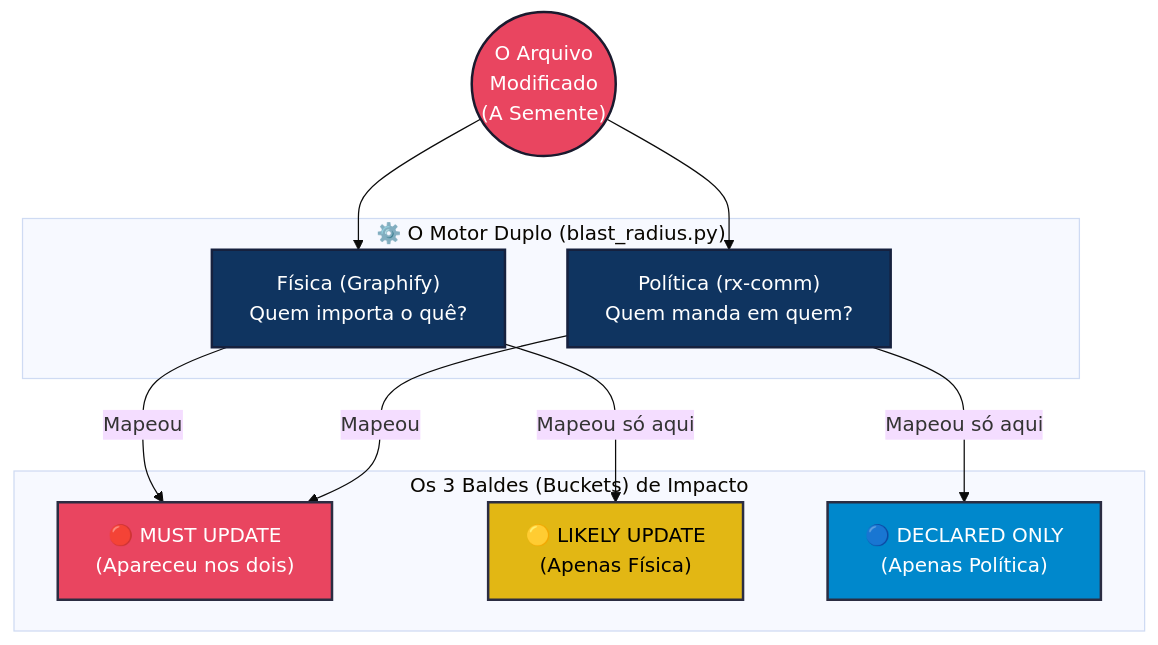
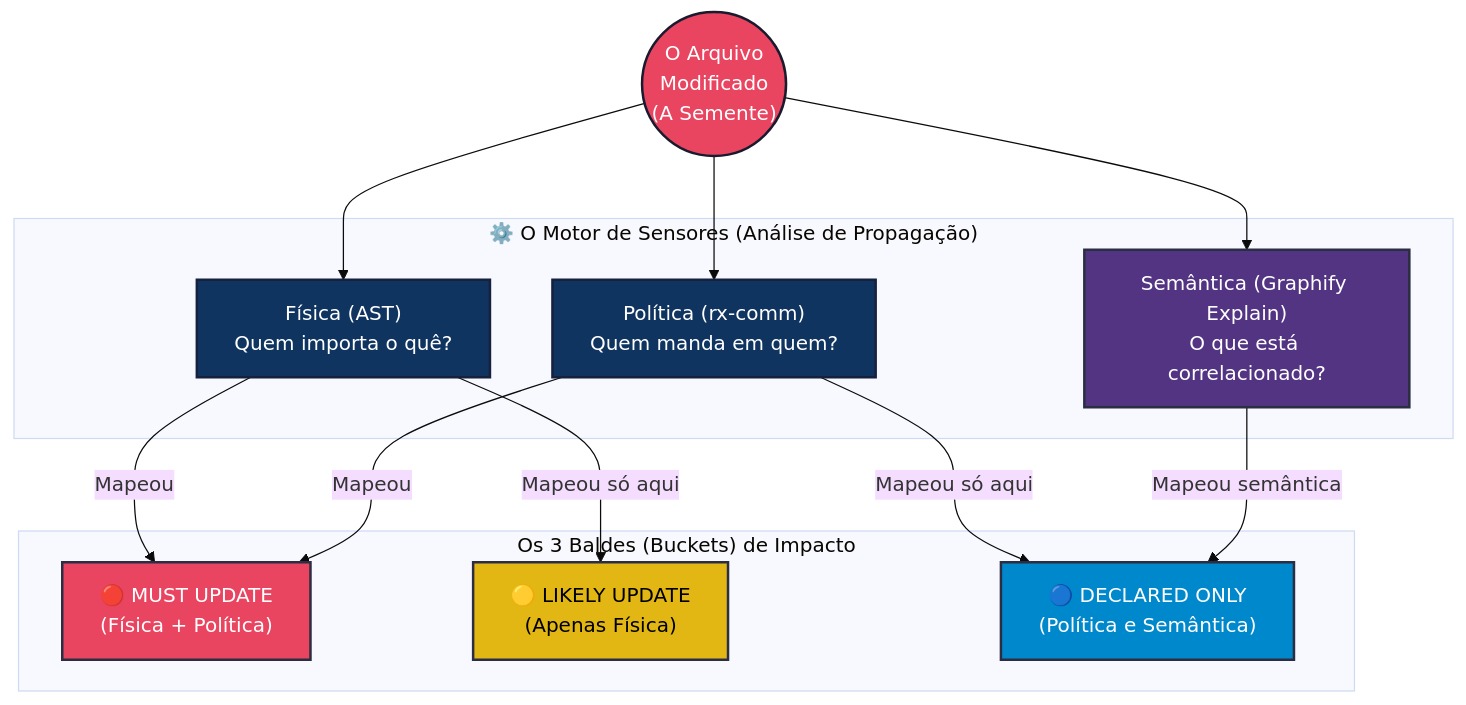
The first of 2 diagrams in .context/brain/FLOW_PROPAGATION.md (TalesAvancini/landingpg-crm), drawn with Mermaid (base theme) before and after one commit. The commit also changed other lines of this file and 6 other files, not shown here.

````diff
--- a/.context/brain/FLOW_PROPAGATION.md
+++ b/.context/brain/FLOW_PROPAGATION.md
@@ -19,27 +19,31 @@
 ```mermaid
 graph TD
     classDef seed fill:#e94560,stroke:#1a1a2e,color:#fff,stroke-width:2px
     classDef motor fill:#0f3460,stroke:#16213e,color:#fff,stroke-width:2px
     classDef must fill:#e94560,stroke:#2b2d42,color:#fff,stroke-width:2px
     classDef likely fill:#e2b714,stroke:#2b2d42,color:#000,stroke-width:2px
     classDef declared fill:#0088cc,stroke:#2b2d42,color:#fff,stroke-width:2px
+    classDef semantic fill:#533483,stroke:#2b2d42,color:#fff,stroke-width:2px
 
     A(("O Arquivo\nModificado\n(A Semente)")):::seed
     
-    subgraph "⚙️ O Motor Duplo (blast_radius.py)"
-        B["Física (Graphify)<br>Quem importa o quê?"]:::motor
+    subgraph "⚙️ O Motor de Sensores (Análise de Propagação)"
+        B["Física (AST)<br>Quem importa o quê?"]:::motor
         C["Política (rx-comm)<br>Quem manda em quem?"]:::motor
+        D["Semântica (Graphify Explain)<br>O que está correlacionado?"]:::semantic
     end
 
     A --> B
     A --> C
+    A --> D
 
     subgraph "Os 3 Baldes (Buckets) de Impacto"
-        B -->|Mapeou| D["🔴 MUST UPDATE<br>(Apareceu nos dois)"]:::must
-        C -->|Mapeou| D
+        B -->|Mapeou| E["🔴 MUST UPDATE<br>(Física + Política)"]:::must
+        C -->|Mapeou| E
         
-        B -->|Mapeou só aqui| E["🟡 LIKELY UPDATE<br>(Apenas Física)"]:::likely
+        B -->|Mapeou só aqui| F["🟡 LIKELY UPDATE<br>(Apenas Física)"]:::likely
         
-        C -->|Mapeou só aqui| F["🔵 DECLARED ONLY<br>(Apenas Política)"]:::declared
+        C -->|Mapeou só aqui| G["🔵 DECLARED ONLY<br>(Política e Semântica)"]:::declared
+        D -->|Mapeou semântica| G
     end
 ```
````
